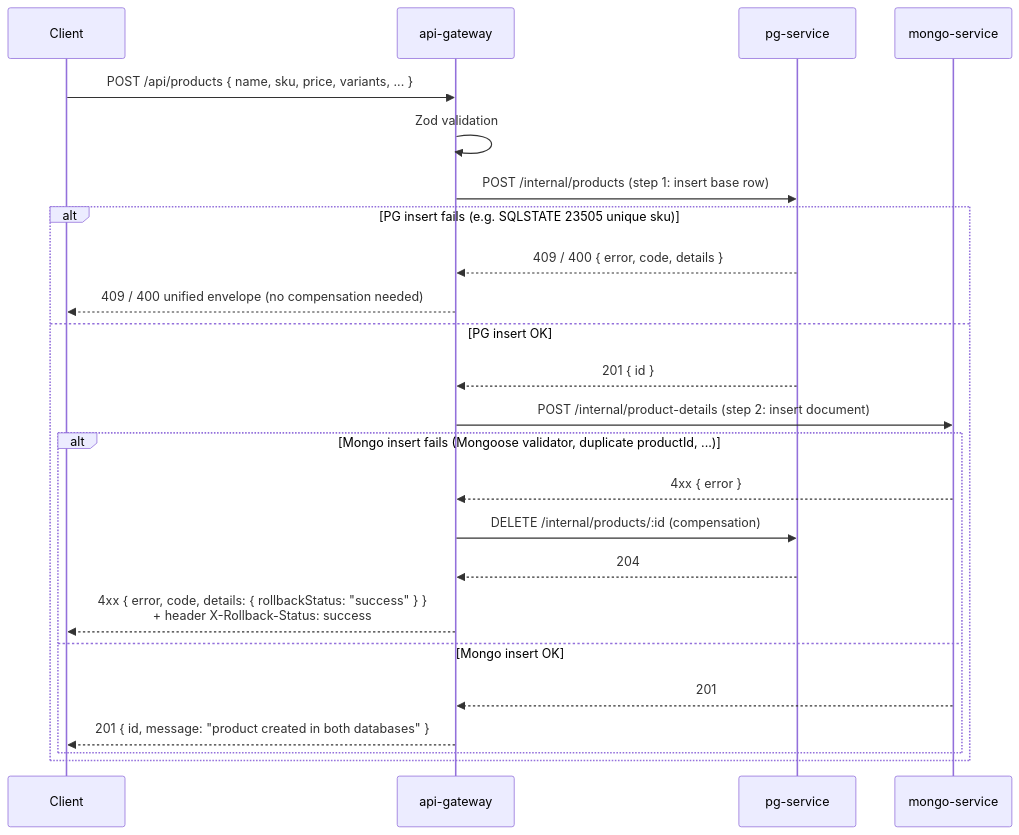
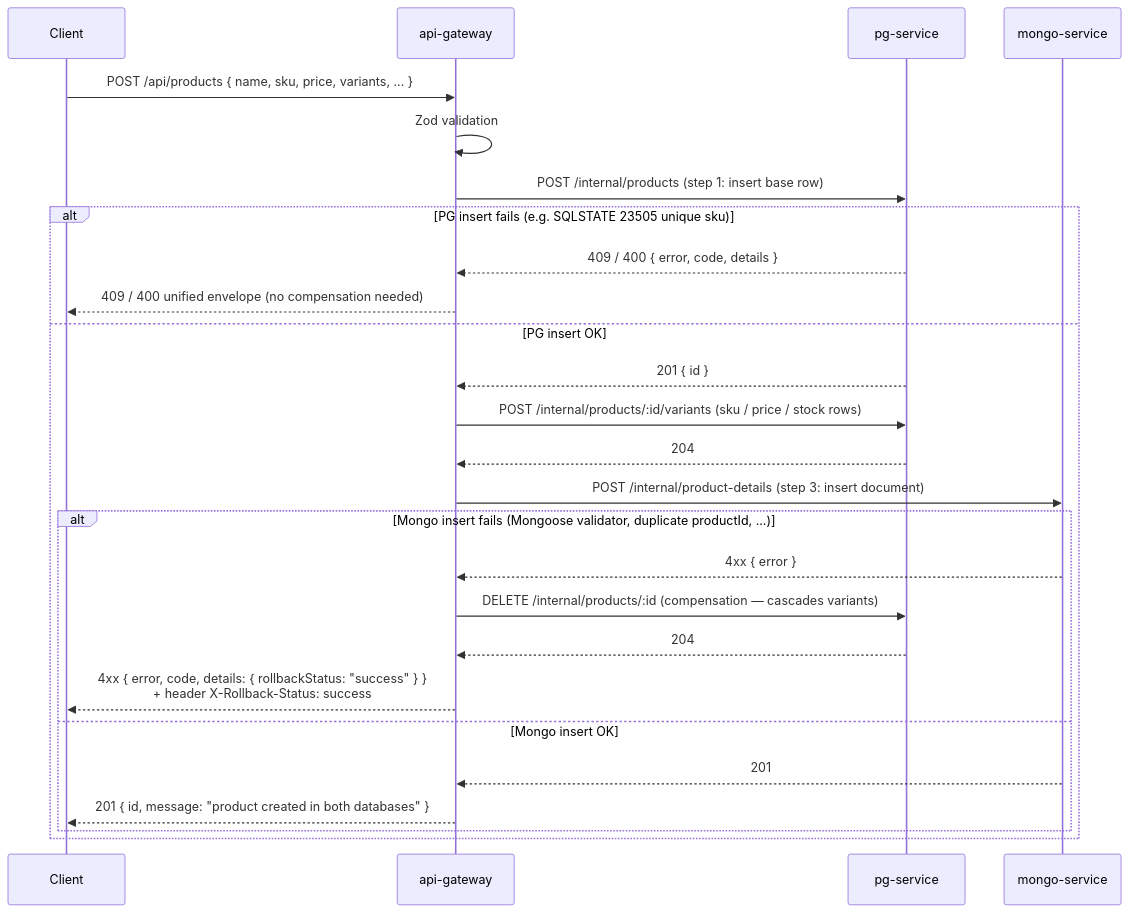
Before and after one commit to zofiadobrowolskaa/ecommerce: the second of 3 diagrams in README.md, drawn with Mermaid. The commit also changed other lines of this file and 7 other files, not shown here.

````diff
--- a/README.md
+++ b/README.md
@@ -62,27 +62,29 @@
 ```mermaid
 sequenceDiagram
     participant C as Client
     participant G as api-gateway
     participant PG as pg-service
     participant MG as mongo-service
 
     C->>G: POST /api/products { name, sku, price, variants, ... }
     G->>G: Zod validation
     G->>PG: POST /internal/products (step 1: insert base row)
     alt PG insert fails (e.g. SQLSTATE 23505 unique sku)
         PG-->>G: 409 / 400 { error, code, details }
         G-->>C: 409 / 400 unified envelope (no compensation needed)
     else PG insert OK
         PG-->>G: 201 { id }
-        G->>MG: POST /internal/product-details (step 2: insert document)
+        G->>PG: POST /internal/products/:id/variants (sku / price / stock rows)
+        PG-->>G: 204
+        G->>MG: POST /internal/product-details (step 3: insert document)
         alt Mongo insert fails (Mongoose validator, duplicate productId, ...)
             MG-->>G: 4xx { error }
-            G->>PG: DELETE /internal/products/:id (compensation)
+            G->>PG: DELETE /internal/products/:id (compensation — cascades variants)
             PG-->>G: 204
             G-->>C: 4xx { error, code, details: { rollbackStatus: "success" } }<br/>+ header X-Rollback-Status: success
         else Mongo insert OK
             MG-->>G: 201
             G-->>C: 201 { id, message: "product created in both databases" }
         end
     end
 ```
````
